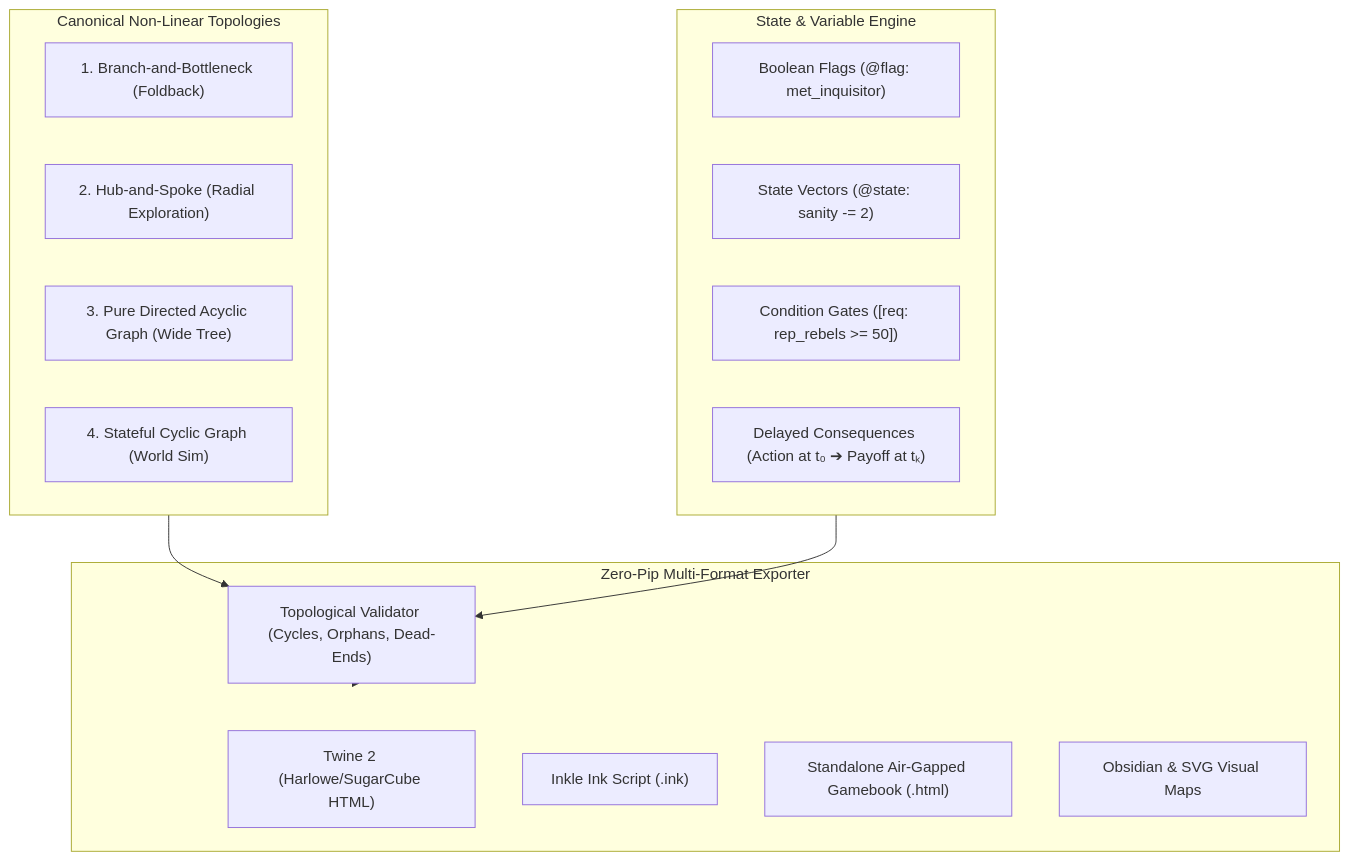
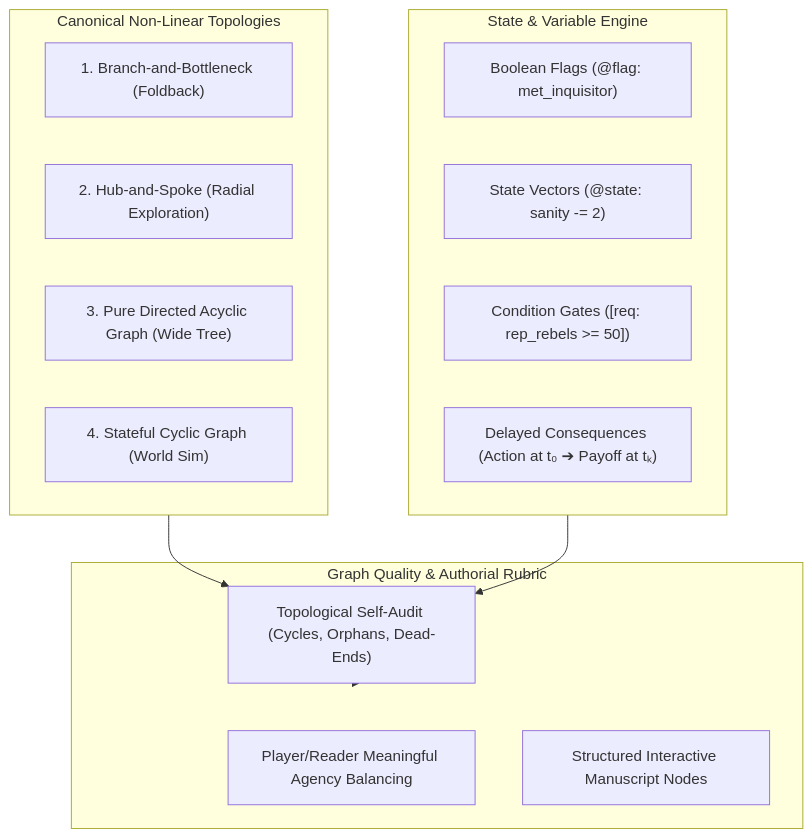
Before and after one commit to aryansinghnagar/Ars-Arcanum: the first of 4 diagrams in docs/BRANCHING_GRAPH.md, drawn with Mermaid. The commit also changed other lines of this file and 12 other files, not shown here.

````diff
--- a/docs/BRANCHING_GRAPH.md
+++ b/docs/BRANCHING_GRAPH.md
@@ -12,27 +12,25 @@
 ```mermaid
 flowchart TD
     subgraph GraphTopologies["Canonical Non-Linear Topologies"]
         Accordion["1. Branch-and-Bottleneck (Foldback)"]
         HubSpoke["2. Hub-and-Spoke (Radial Exploration)"]
         PureDAG["3. Pure Directed Acyclic Graph (Wide Tree)"]
         CyclicState["4. Stateful Cyclic Graph (World Sim)"]
     end
 
     subgraph StateEngine["State & Variable Engine"]
         Flags["Boolean Flags (@flag: met_inquisitor)"]
         Vectors["State Vectors (@state: sanity -= 2)"]
         Requisites["Condition Gates ([req: rep_rebels >= 50])"]
         Delayed["Delayed Consequences (Action at t₀ ➔ Payoff at tₖ)"]
     end
 
-    subgraph CompilerLayer["Zero-Pip Multi-Format Exporter"]
-        Validate["Topological Validator (Cycles, Orphans, Dead-Ends)"]
-        Twine["Twine 2 (Harlowe/SugarCube HTML)"]
-        Ink["Inkle Ink Script (.ink)"]
-        HTML5["Standalone Air-Gapped Gamebook (.html)"]
-        Mermaid["Obsidian & SVG Visual Maps"]
+    subgraph DesignRubric["Graph Quality & Authorial Rubric"]
+        Validate["Topological Self-Audit (Cycles, Orphans, Dead-Ends)"]
+        Agency["Player/Reader Meaningful Agency Balancing"]
+        Deliverable["Structured Interactive Manuscript Nodes"]
     end
 
     GraphTopologies & StateEngine --> Validate
-    Validate --> CompilerLayer
+    Validate --> DesignRubric
 ```
````
